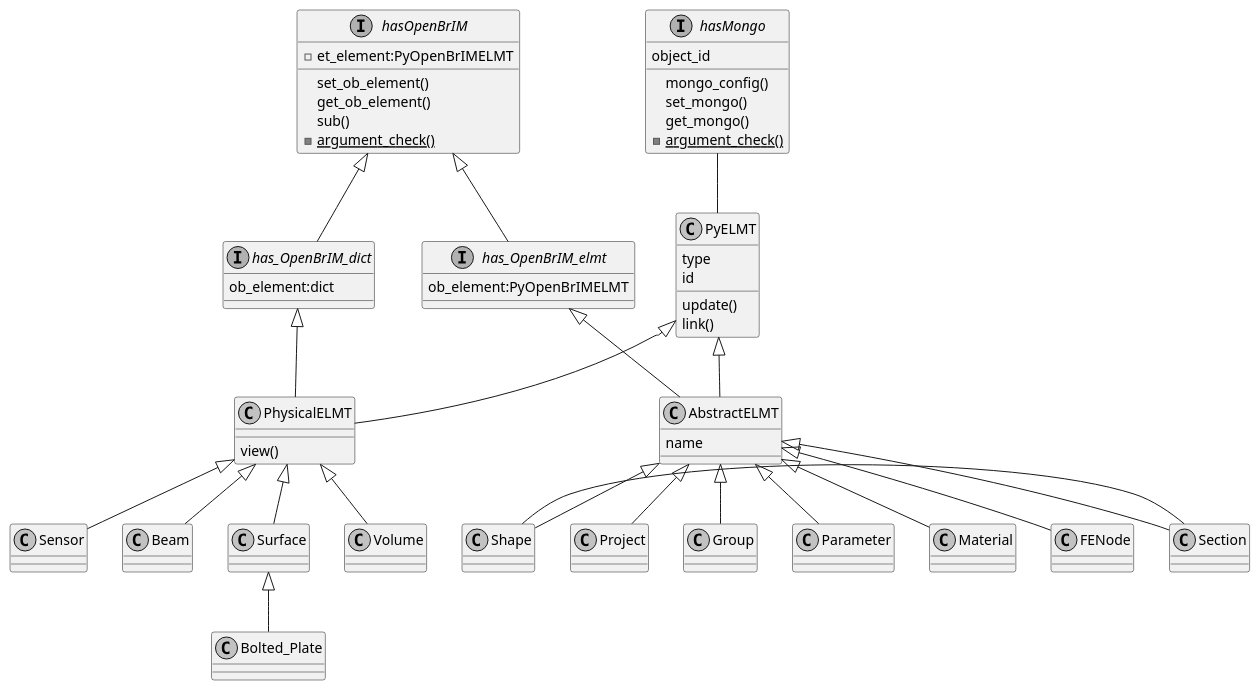
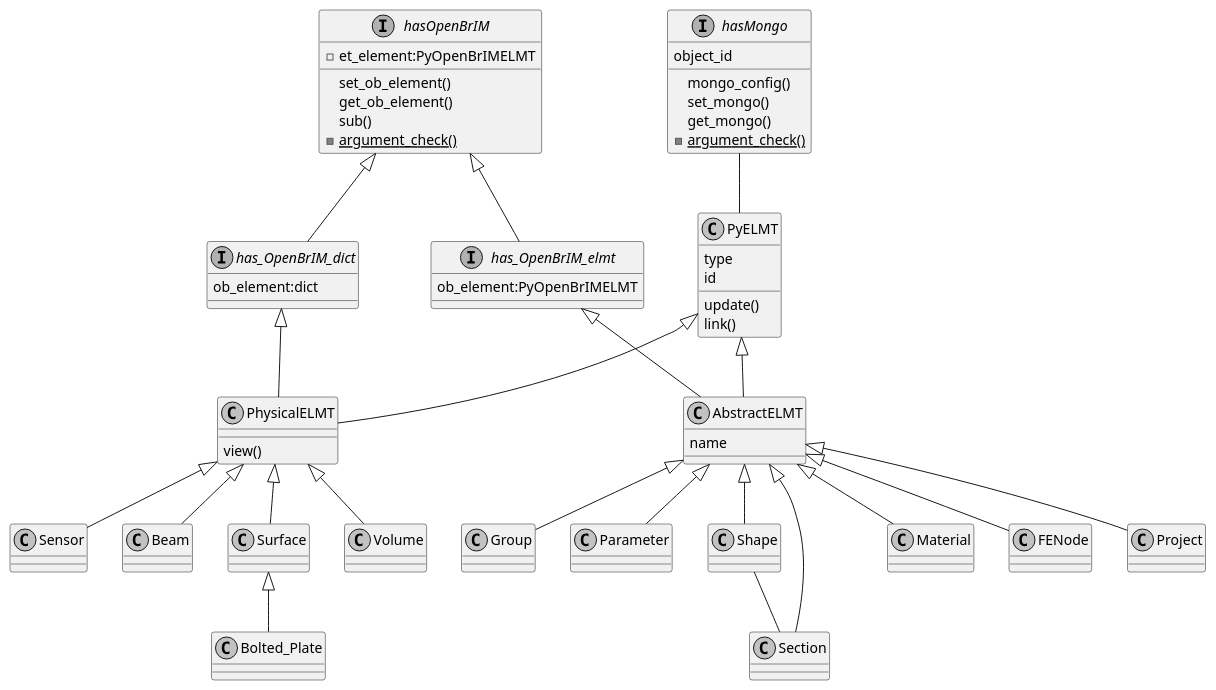
Before and after one commit to YidongQIN/PyBMS_BrIM: the diagram in Notes & Diagrams/BMS_BrIM_class.puml, drawn with PlantUML.

Commit message:
UML diagram

```diff
--- a/Notes & Diagrams/BMS_BrIM_class.puml
+++ b/Notes & Diagrams/BMS_BrIM_class.puml
@@ -1,115 +1,114 @@
 @startuml
 
 top to bottom direction
 ' left to right direction
 
 skinparam shadowing false
 skinparam monochrome true
 
 skinparam class {
 
     ' BackgroundColor White
     ' ArrowColor Black
     ' BorderColor Black
 }
 
 Interface hasMongo{
     object_id
     mongo_config()
     set_mongo()
     get_mongo()
     - {static} argument_check()
 }
 
-hasMongo -down- PyELMT
-
+hasMongo -- PyELMT
 
 
 class PyELMT{
     type
     id
     update()
     link()
 }
 
 class AbstractELMT{
     name
 }
 
 class PhysicalELMT{
     view()
 }
 
 ' hide PhysicalELMT circle
 
 Interface hasOpenBrIM{
     - et_element:PyOpenBrIMELMT
     set_ob_element()
     get_ob_element()
     sub()
     - {static} argument_check()
 }
 
 Interface has_OpenBrIM_elmt{
     ob_element:PyOpenBrIMELMT
 }
 
 Interface has_OpenBrIM_dict{
     ob_element:dict
 }
 
 'together {
 '    class PyELMT
 '    ' class AbstractELMT
 '    ' class PhysicalELMT
 '    Interface hasMongo
 '    Interface hasOpenBrIM
 '}
 
 PyELMT <|-- AbstractELMT
 PyELMT <|-- PhysicalELMT
 has_OpenBrIM_elmt <|-- AbstractELMT
 has_OpenBrIM_dict <|-- PhysicalELMT
 
 hasOpenBrIM <|-- has_OpenBrIM_elmt
 hasOpenBrIM <|-- has_OpenBrIM_dict
 
 class Project
 class Group
 class Parameter
 class Shape
 class Section
 class Material
 class FENode
 
-together {
-    class Project
-    class Group
-}
+'together {
+'    class Project
+'    class Group
+'}
 
 AbstractELMT <|-- Project
 AbstractELMT <|-- Group
 AbstractELMT <|-- Parameter
 AbstractELMT <|-- Shape
 AbstractELMT <|-- Section
 AbstractELMT <|-- Material
 AbstractELMT <|-- FENode
-Shape -right- Section
+Shape -- Section
 ' Material -- Section
 
 class Beam
 class Surface
 class Bolted_Plate
 class Volume
 class Sensor
 
 PhysicalELMT <|-- Beam
 PhysicalELMT <|-- Surface
 Surface <|-- Bolted_Plate
 PhysicalELMT <|-- Volume
 PhysicalELMT <|-- Sensor
 
 ' Beam -- Section
 ' Beam -- Material
 
 @enduml
```
